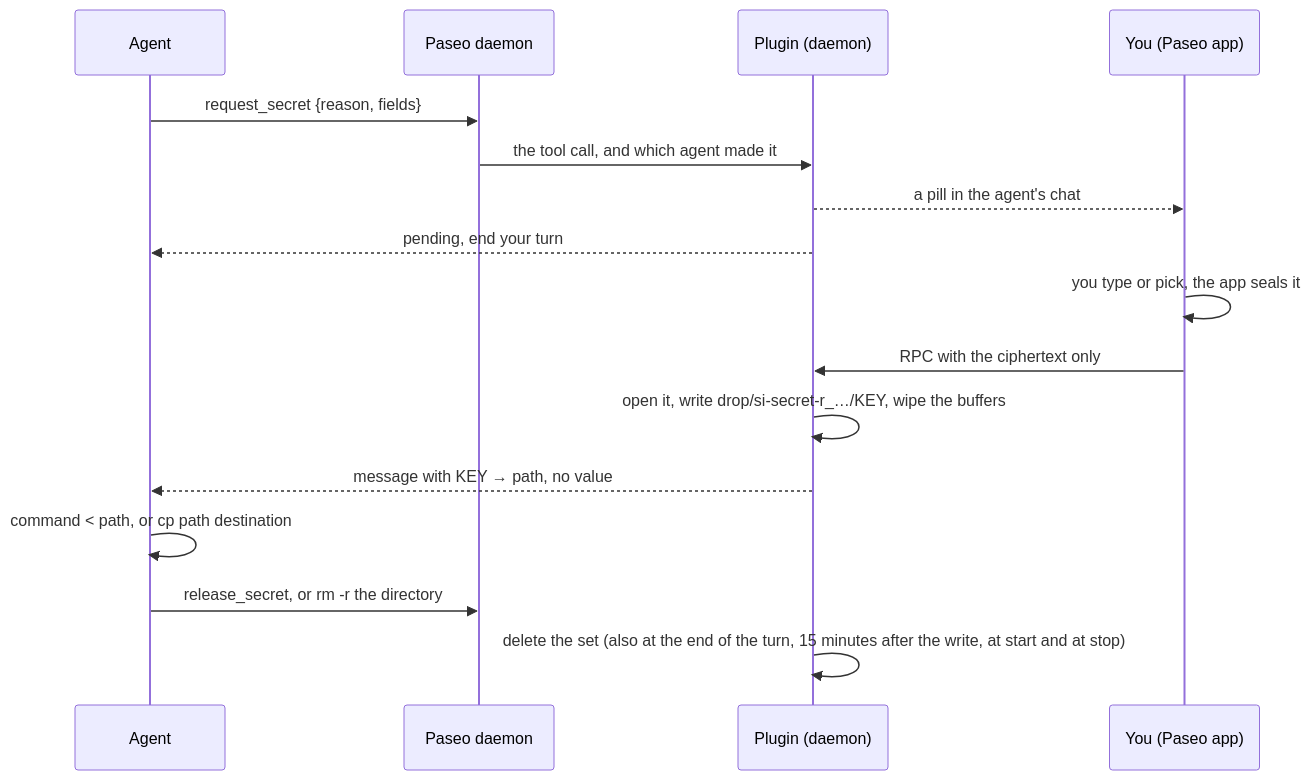
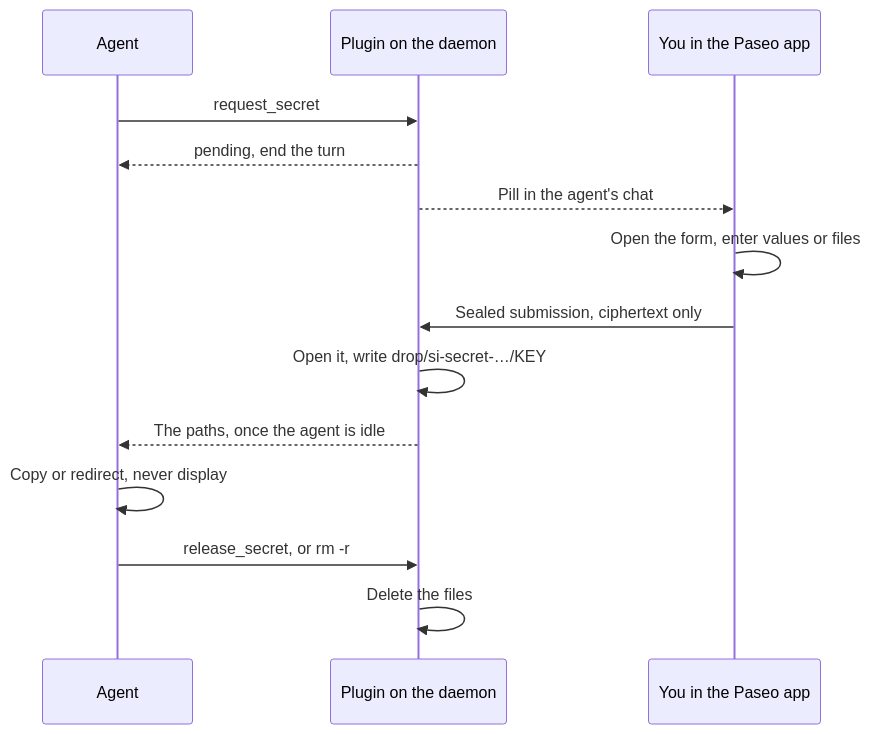
One commit to dutchakdev/paseo-plugin-secure-input changed the diagram in README.md. Above: the diagram before and after it, drawn with Mermaid. The commit also changed other lines of this file and 9 other files, not shown here.

First line of the commit message:
docs: lean README and documents, the flow as a diagram (#6)

````diff
--- a/README.md
+++ b/README.md
@@ -55,18 +43,16 @@
 ```mermaid
 sequenceDiagram
     participant A as Agent
-    participant D as Paseo daemon
-    participant P as Plugin (daemon)
-    participant U as You (Paseo app)
-    A->>D: request_secret {reason, fields}
-    D->>P: the tool call, and which agent made it
-    P-->>U: a pill in the agent's chat
-    P-->>A: pending, end your turn
-    U->>U: you type or pick, the app seals it
-    U->>P: RPC with the ciphertext only
-    P->>P: open it, write drop/si-secret-r_…/KEY, wipe the buffers
-    P-->>A: message with KEY → path, no value
-    A->>A: command < path, or cp path destination
-    A->>D: release_secret, or rm -r the directory
-    P->>P: delete the set (also at the end of the turn, 15 minutes after the write, at start and at stop)
+    participant P as Plugin on the daemon
+    participant U as You in the Paseo app
+    A->>P: request_secret
+    P-->>A: pending, end the turn
+    P-->>U: Pill in the agent's chat
+    U->>U: Open the form, enter values or files
+    U->>P: Sealed submission, ciphertext only
+    P->>P: Open it, write drop/si-secret-…/KEY
+    P-->>A: The paths, once the agent is idle
+    A->>A: Copy or redirect, never display
+    A->>P: release_secret, or rm -r
+    P->>P: Delete the files
 ```
````
